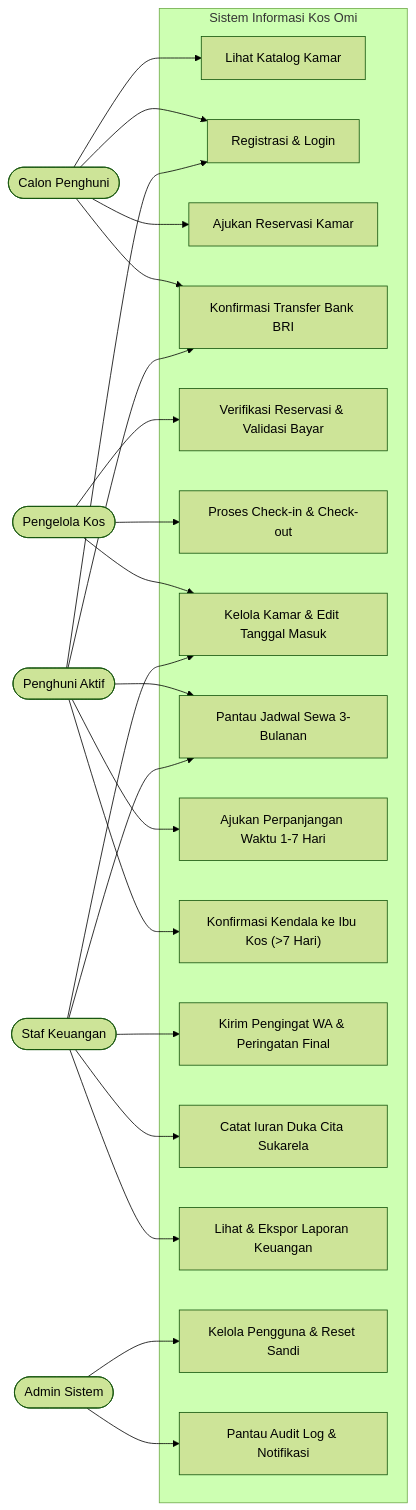
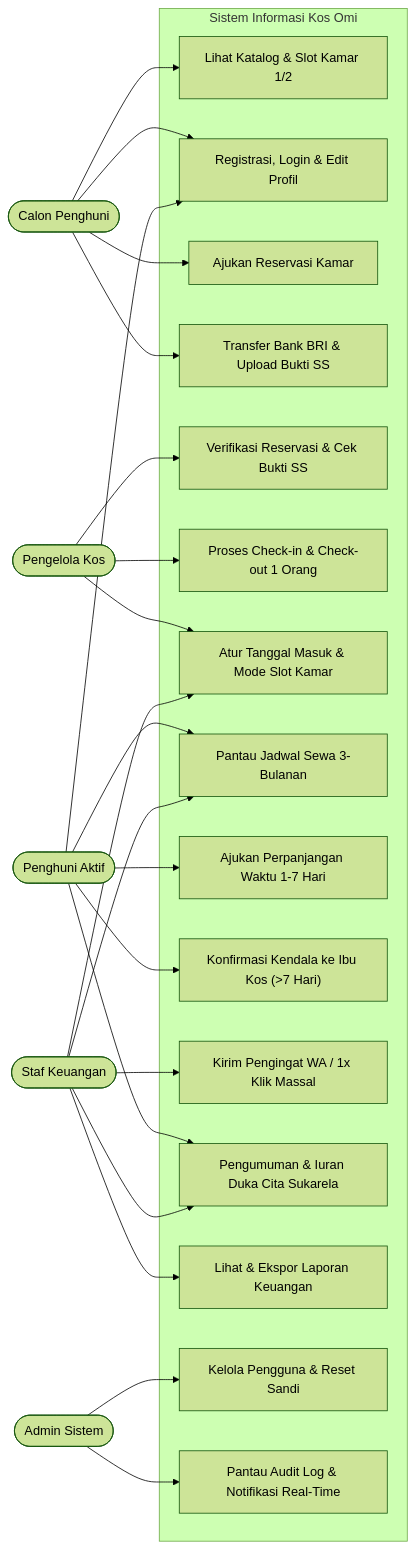
The first of 3 diagrams in docs/alur_sistem_dan_diagram_kos_omi.md (citraiqhlim77-sudo/kos_omi), drawn with Mermaid (forest theme) before and after one commit. The commit also changed other lines of this file and 1 other file, not shown here.

Commit message:
docs: update system flow diagrams and 24-scenario Black-Box Testing report

````diff
--- a/docs/alur_sistem_dan_diagram_kos_omi.md
+++ b/docs/alur_sistem_dan_diagram_kos_omi.md
@@ -30,50 +25,50 @@
 ```mermaid
 flowchart LR
     Calon([Calon Penghuni])
     Penghuni([Penghuni Aktif])
     Pengelola([Pengelola Kos])
     Keuangan([Staf Keuangan])
     Admin([Admin Sistem])
 
     subgraph Sistem Informasi Kos Omi
-        UC1["Lihat Katalog Kamar"]
-        UC2["Registrasi & Login"]
+        UC1["Lihat Katalog & Slot Kamar 1/2"]
+        UC2["Registrasi, Login & Edit Profil"]
         UC3["Ajukan Reservasi Kamar"]
-        UC4["Konfirmasi Transfer Bank BRI"]
-        UC5["Verifikasi Reservasi & Validasi Bayar"]
-        UC6["Proses Check-in & Check-out"]
-        UC7["Kelola Kamar & Edit Tanggal Masuk"]
+        UC4["Transfer Bank BRI & Upload Bukti SS"]
+        UC5["Verifikasi Reservasi & Cek Bukti SS"]
+        UC6["Proses Check-in & Check-out 1 Orang"]
+        UC7["Atur Tanggal Masuk & Mode Slot Kamar"]
         UC8["Pantau Jadwal Sewa 3-Bulanan"]
         UC9["Ajukan Perpanjangan Waktu 1-7 Hari"]
         UC10["Konfirmasi Kendala ke Ibu Kos (>7 Hari)"]
-        UC11["Kirim Pengingat WA & Peringatan Final"]
-        UC12["Catat Iuran Duka Cita Sukarela"]
+        UC11["Kirim Pengingat WA / 1x Klik Massal"]
+        UC12["Pengumuman & Iuran Duka Cita Sukarela"]
         UC13["Lihat & Ekspor Laporan Keuangan"]
         UC14["Kelola Pengguna & Reset Sandi"]
-        UC15["Pantau Audit Log & Notifikasi"]
+        UC15["Pantau Audit Log & Notifikasi Real-Time"]
     end
 
     Calon --> UC1
     Calon --> UC2
     Calon --> UC3
     Calon --> UC4
 
     Penghuni --> UC2
-    Penghuni --> UC4
     Penghuni --> UC8
     Penghuni --> UC9
     Penghuni --> UC10
+    Penghuni --> UC12
 
     Pengelola --> UC5
     Pengelola --> UC6
     Pengelola --> UC7
 
     Keuangan --> UC7
     Keuangan --> UC8
     Keuangan --> UC11
     Keuangan --> UC12
     Keuangan --> UC13
 
     Admin --> UC14
     Admin --> UC15
 ```
````
